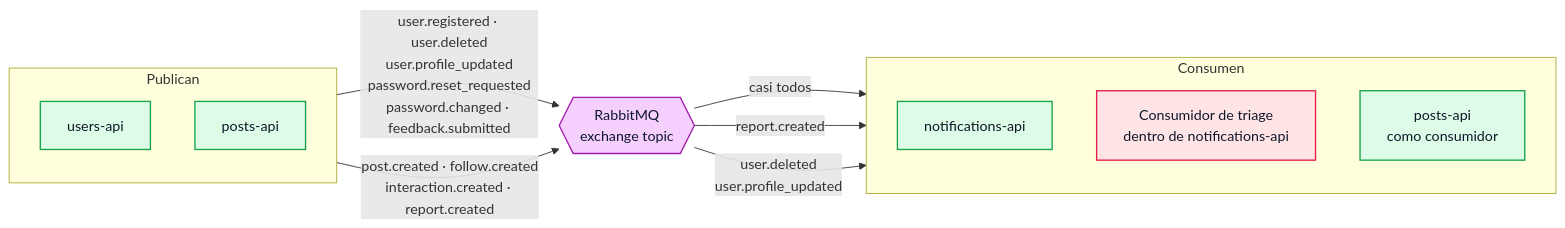
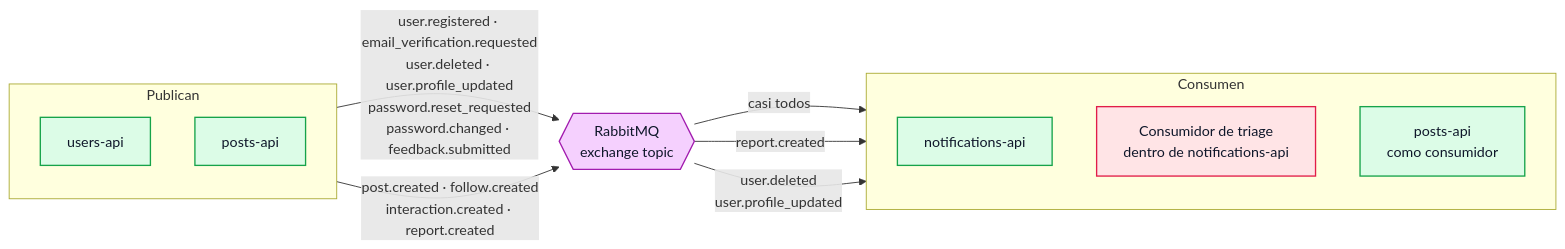
Before and after one commit to tds-g3-2s2026/udesa-x-platform: the third of 7 diagrams in docs/ARQUITECTURA.md, drawn with Mermaid. The commit also changed other lines of this file and 19 other files, not shown here.

````diff
--- a/docs/ARQUITECTURA.md
+++ b/docs/ARQUITECTURA.md
@@ -546,28 +554,28 @@
 ```mermaid
 flowchart LR
     subgraph pub["Publican"]
         direction TB
         U["users-api"]
         P["posts-api"]
     end
     EX{{"RabbitMQ<br/>exchange topic"}}
     subgraph con["Consumen"]
         direction TB
         N["notifications-api"]
         T["Consumidor de triage<br/>dentro de notifications-api"]
         P2["posts-api<br/>como consumidor"]
     end
 
-    U -->|"user.registered · user.deleted<br/>user.profile_updated<br/>password.reset_requested<br/>password.changed · feedback.submitted"| EX
+    U -->|"user.registered · email_verification.requested<br/>user.deleted · user.profile_updated<br/>password.reset_requested<br/>password.changed · feedback.submitted"| EX
     P -->|"post.created · follow.created<br/>interaction.created · report.created"| EX
     EX -->|"casi todos"| N
     EX -->|"report.created"| T
     EX -->|"user.deleted<br/>user.profile_updated"| P2
 
     classDef svc fill:#dcfce7,stroke:#16a34a,stroke-width:1.5px,color:#0f172a
     classDef bus fill:#f5d0fe,stroke:#a21caf,stroke-width:1.5px,color:#0f172a
     classDef ai fill:#ffe4e6,stroke:#e11d48,stroke-width:1.5px,color:#0f172a
     class U,P,N,P2 svc
     class EX bus
     class T ai
 ```
````
